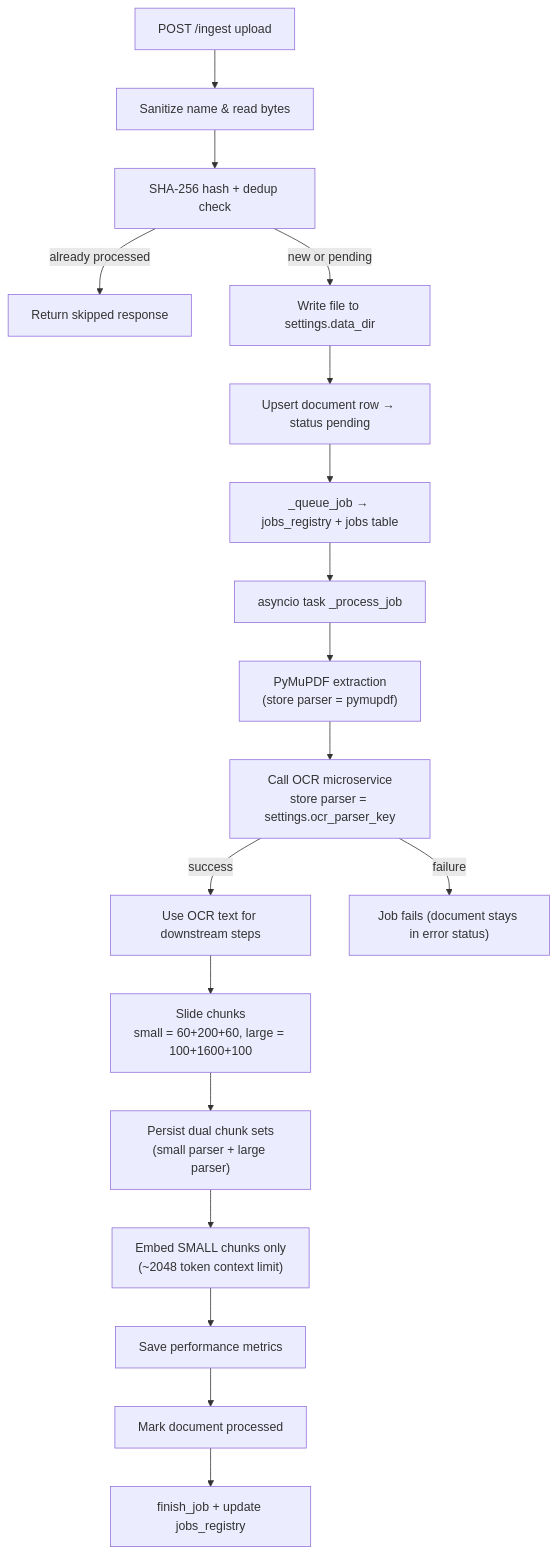
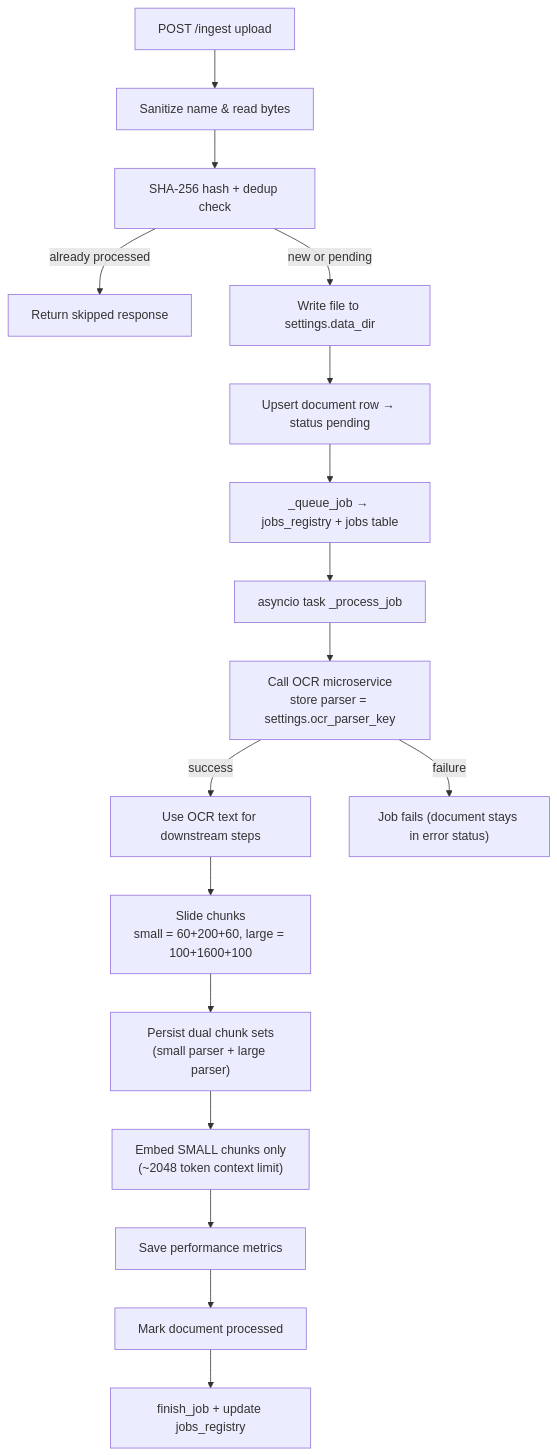
The diagram in ingestion.md (nobody-qwert/zzz_rag_xxx), drawn with Mermaid before and after one commit. The commit also changed other lines of this file and 7 other files, not shown here.

````diff
--- a/ingestion.md
+++ b/ingestion.md
@@ -62,20 +61,19 @@
 ```mermaid
 flowchart TD
     A["POST /ingest upload"] --> B["Sanitize name & read bytes"]
     B --> C["SHA-256 hash + dedup check"]
     C -->|already processed| C2["Return skipped response"]
     C -->|new or pending| D["Write file to settings.data_dir"]
     D --> E["Upsert document row → status pending"]
     E --> F["_queue_job → jobs_registry + jobs table"]
     F --> G["asyncio task _process_job"]
-    G --> H["PyMuPDF extraction\n(store parser = pymupdf)"]
-    H --> I["Call OCR microservice\nstore parser = settings.ocr_parser_key"]
-    I -->|success| L["Use OCR text for downstream steps"]
-    I -->|failure| ERR["Job fails (document stays in error status)"]
+    G --> H["Call OCR microservice\nstore parser = settings.ocr_parser_key"]
+    H -->|success| L["Use OCR text for downstream steps"]
+    H -->|failure| ERR["Job fails (document stays in error status)"]
     L --> M["Slide chunks\nsmall = 60+200+60, large = 100+1600+100"]
     M --> N["Persist dual chunk sets\n(small parser + large parser)"]
     N --> O["Embed SMALL chunks only\n(~2048 token context limit)"]
     O --> P["Save performance metrics"]
     P --> Q["Mark document processed"]
     Q --> R["finish_job + update jobs_registry"]
 ```
````
